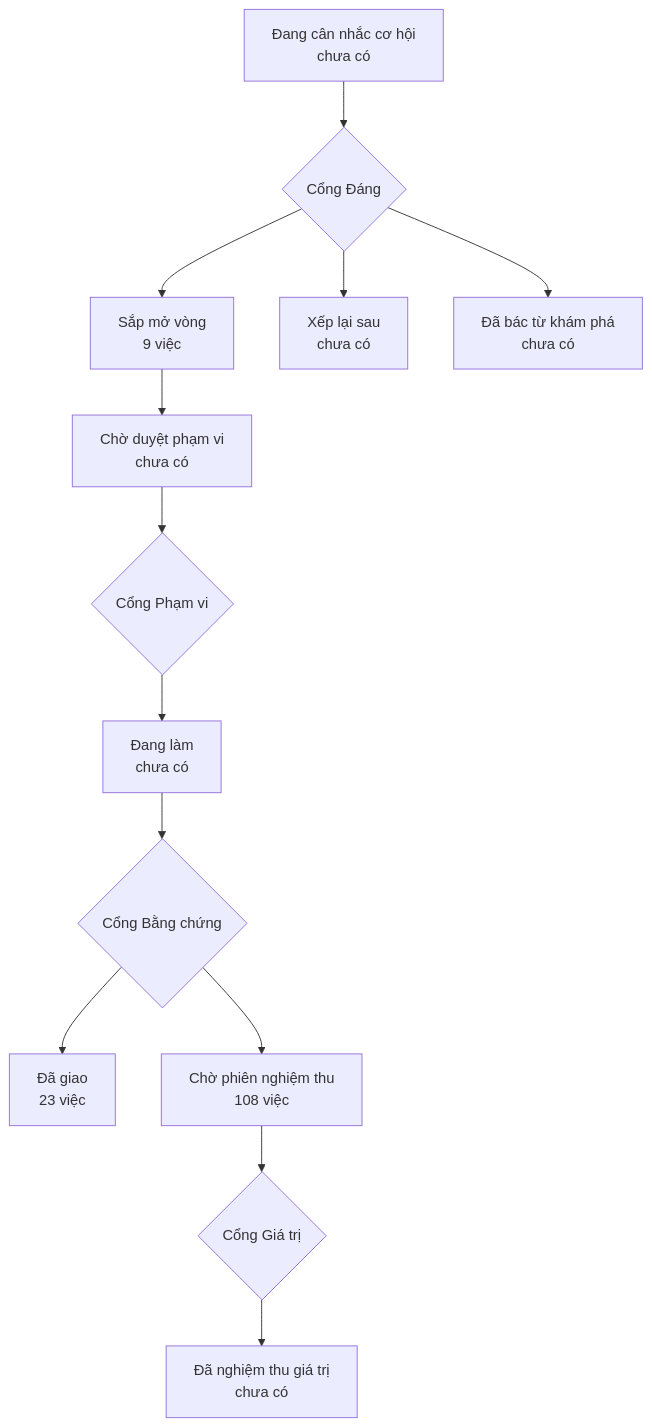
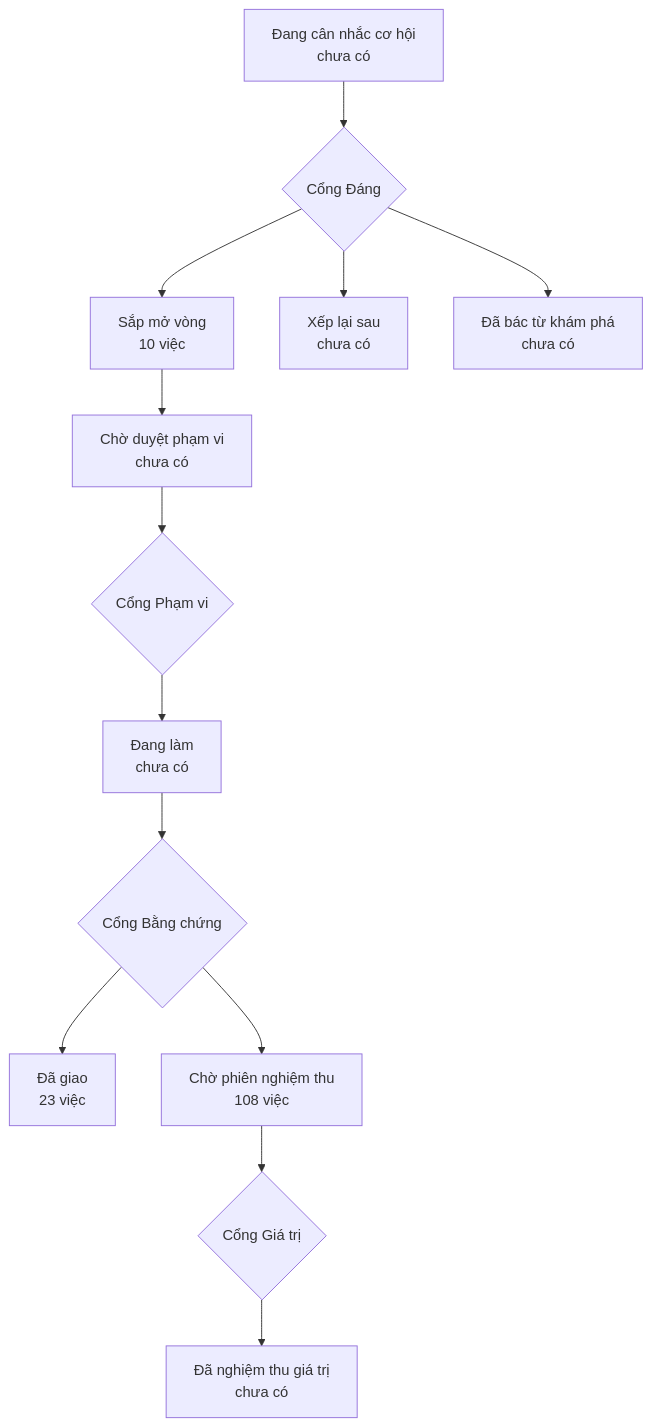
Before and after one commit to phanlemanh/onehub-quy-hang: the diagram in PRODUCT-MAP.md, drawn with Mermaid. The commit also changed other lines of this file and 3 other files, not shown here.

````diff
--- a/PRODUCT-MAP.md
+++ b/PRODUCT-MAP.md
@@ -7,12 +7,12 @@
 ```mermaid
 flowchart TD
   A["Đang cân nhắc cơ hội<br/>chưa có"] --> GD{"Cổng Đáng"}
-  GD --> B["Sắp mở vòng<br/>9 việc"]
+  GD --> B["Sắp mở vòng<br/>10 việc"]
   GD --> XL["Xếp lại sau<br/>chưa có"]
   GD --> DB["Đã bác từ khám phá<br/>chưa có"]
   B --> CD["Chờ duyệt phạm vi<br/>chưa có"] --> GP{"Cổng Phạm vi"}
   GP --> DL["Đang làm<br/>chưa có"] --> GB{"Cổng Bằng chứng"}
   GB --> DG["Đã giao<br/>23 việc"]
   GB --> CN["Chờ phiên nghiệm thu<br/>108 việc"] --> GG{"Cổng Giá trị"}
   GG --> NT["Đã nghiệm thu giá trị<br/>chưa có"]
 ```
````
